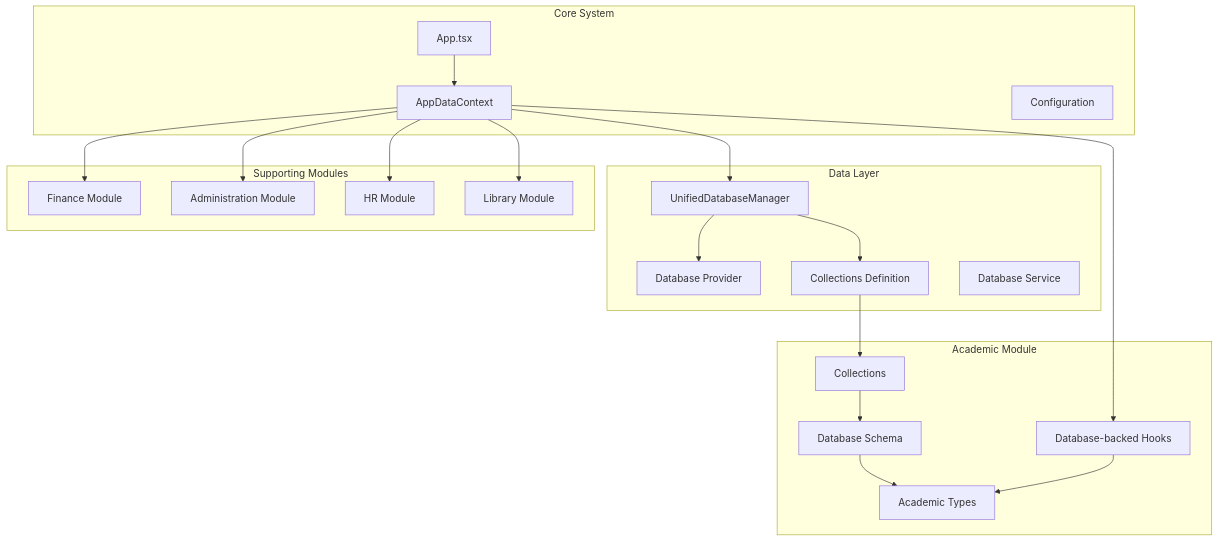
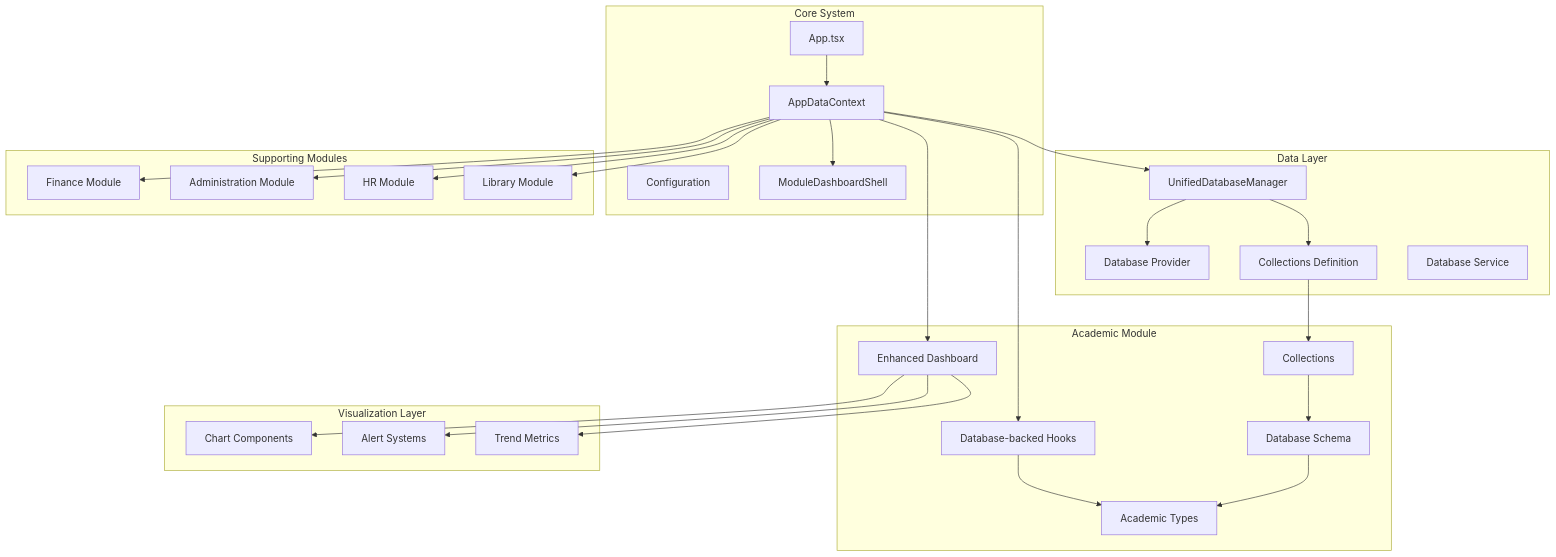
Before and after one commit to geniusdynamics/schoolpilot: the first of 14 diagrams in .qoder/repowiki/en/content/Academic Data Management.md, drawn with Mermaid. The commit also changed other lines of this file and 16 other files, not shown here.

````diff
--- a/.qoder/repowiki/en/content/Academic Data Management.md
+++ b/.qoder/repowiki/en/content/Academic Data Management.md
@@ -53,39 +57,51 @@
 ```mermaid
 graph TB
 subgraph "Core System"
 App[App.tsx]
 Context[AppDataContext]
 Config[Configuration]
+DashboardShell[ModuleDashboardShell]
 end
 subgraph "Academic Module"
 Types[Academic Types]
 Schema[Database Schema]
 Collections[Collections]
 Hooks[Database-backed Hooks]
+Dashboard[Enhanced Dashboard]
 end
 subgraph "Data Layer"
 Manager[UnifiedDatabaseManager]
 Provider[Database Provider]
 CollectionsDef[Collections Definition]
 Service[Database Service]
+end
+subgraph "Visualization Layer"
+Charts[Chart Components]
+Alerts[Alert Systems]
+Metrics[Trend Metrics]
 end
 subgraph "Supporting Modules"
 Finance[Finance Module]
 Admin[Administration Module]
 HR[HR Module]
 Library[Library Module]
 end
 App --> Context
+Context --> DashboardShell
 Context --> Manager
 Manager --> Provider
 Manager --> CollectionsDef
 CollectionsDef --> Collections
 Collections --> Schema
 Schema --> Types
 Context --> Hooks
 Hooks --> Types
+Context --> Dashboard
+Dashboard --> Charts
+Dashboard --> Alerts
+Dashboard --> Metrics
 Context --> Finance
 Context --> Admin
 Context --> HR
 Context --> Library
 ```
````
